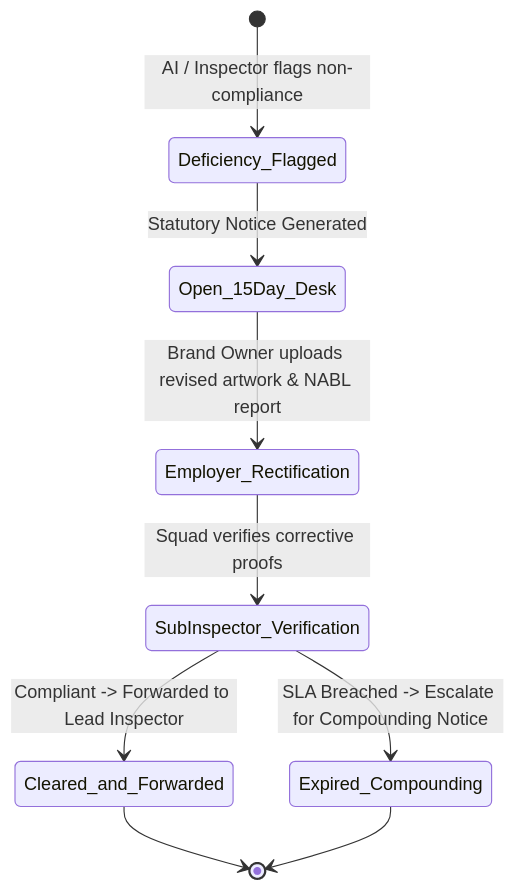
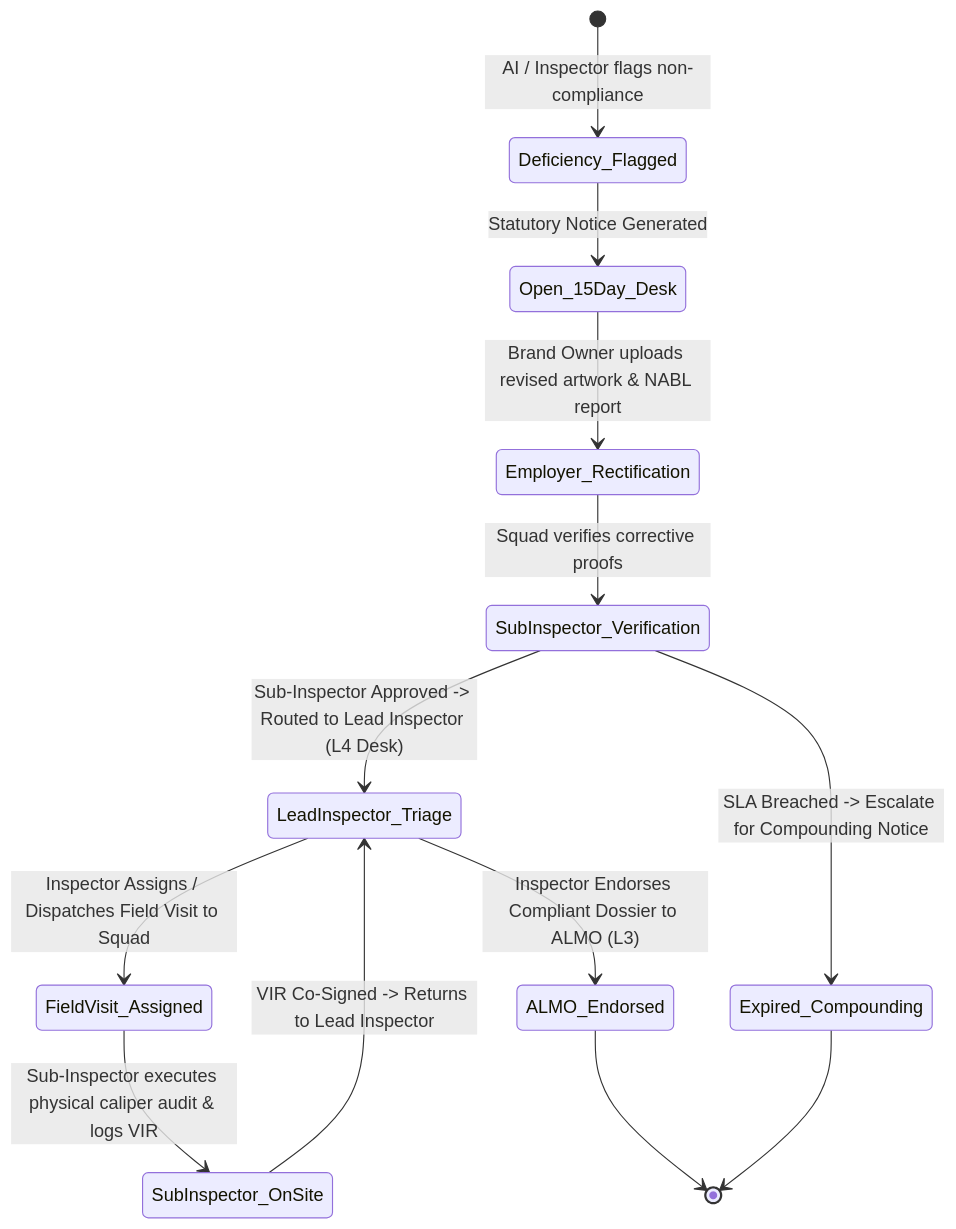
Before and after one commit to harshithps35/Legal-Metrology-Packaged-Commodities-LMPC-AI-Compliance-Enforcement-Platform: the fifth of 5 diagrams in README.md, drawn with Mermaid. The commit also changed other lines of this file, not shown here.

Commit message:
docs: update workflow diagram, RBAC actions, and 15-day resolution desk protocol in README

````diff
--- a/README.md
+++ b/README.md
@@ -287,11 +290,15 @@
 ```mermaid
 stateDiagram-v2
     [*] --> Deficiency_Flagged: AI / Inspector flags non-compliance
     Deficiency_Flagged --> Open_15Day_Desk: Statutory Notice Generated
     Open_15Day_Desk --> Employer_Rectification: Brand Owner uploads revised artwork & NABL report
     Employer_Rectification --> SubInspector_Verification: Squad verifies corrective proofs
-    SubInspector_Verification --> Cleared_and_Forwarded: Compliant -> Forwarded to Lead Inspector
+    SubInspector_Verification --> LeadInspector_Triage: Sub-Inspector Approved -> Routed to Lead Inspector (L4 Desk)
+    LeadInspector_Triage --> FieldVisit_Assigned: Inspector Assigns / Dispatches Field Visit to Squad
+    LeadInspector_Triage --> ALMO_Endorsed: Inspector Endorses Compliant Dossier to ALMO (L3)
+    FieldVisit_Assigned --> SubInspector_OnSite: Sub-Inspector executes physical caliper audit & logs VIR
+    SubInspector_OnSite --> LeadInspector_Triage: VIR Co-Signed -> Returns to Lead Inspector
     SubInspector_Verification --> Expired_Compounding: SLA Breached -> Escalate for Compounding Notice
-    Cleared_and_Forwarded --> [*]
+    ALMO_Endorsed --> [*]
     Expired_Compounding --> [*]
 ```
````
